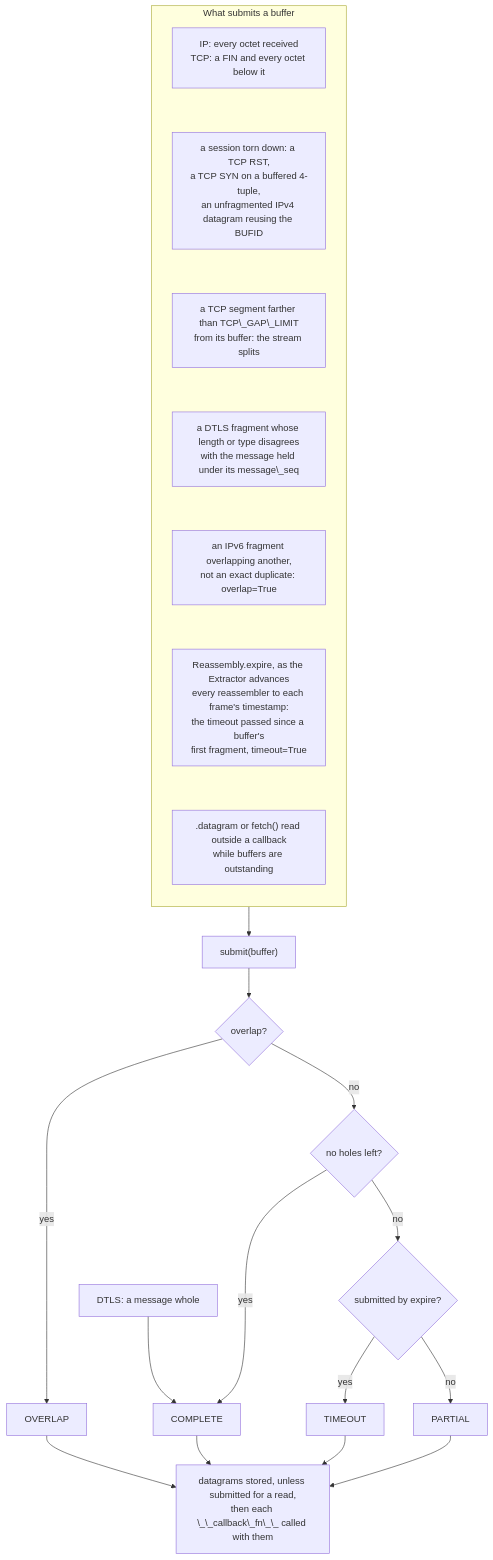
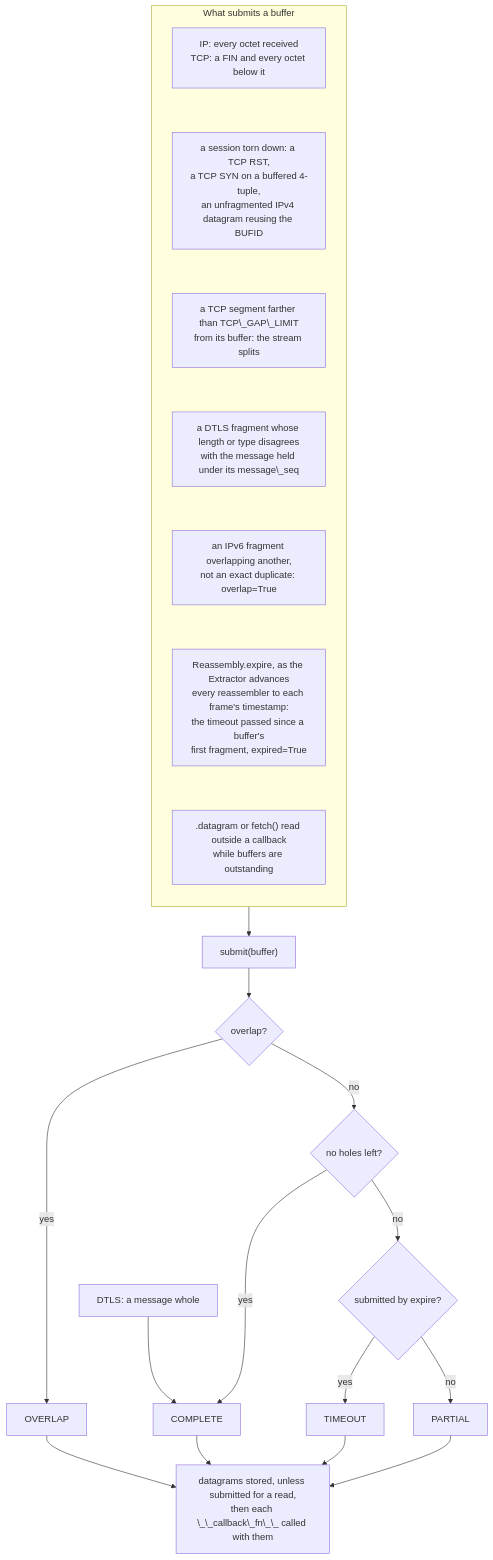
One commit to JarryShaw/PyPCAPKit changed the second of 2 diagrams in docs/source/pcapkit/foundation/reassembly/index.rst. Above: the diagram before and after it, drawn with Mermaid. The commit also changed 47 other files, not shown here.

First line of the commit message:
refactor(foundation)!: keyword-only reassembly, flow tracing and interface signatures (#2839, #2837)

```diff
--- a/docs/source/pcapkit/foundation/reassembly/index.rst
+++ b/docs/source/pcapkit/foundation/reassembly/index.rst
@@ -70,43 +70,43 @@
 .. mermaid::
 
    flowchart TD
        subgraph trig ["What submits a buffer"]
            direction TB
            T1["IP: every octet received<br/>TCP: a FIN and every octet below it"]
            T2["a session torn down: a TCP RST,<br/>a TCP SYN on a buffered 4-tuple,<br/>an unfragmented IPv4 datagram reusing the BUFID"]
            T3["a TCP segment farther than TCP\_GAP\_LIMIT<br/>from its buffer: the stream splits"]
            T4["a DTLS fragment whose length or type disagrees<br/>with the message held under its message\_seq"]
            T5["an IPv6 fragment overlapping another,<br/>not an exact duplicate: overlap=True"]
-           T6["Reassembly.expire, as the Extractor advances<br/>every reassembler to each frame's timestamp:<br/>the timeout passed since a buffer's<br/>first fragment, timeout=True"]
+           T6["Reassembly.expire, as the Extractor advances<br/>every reassembler to each frame's timestamp:<br/>the timeout passed since a buffer's<br/>first fragment, expired=True"]
            T7[".datagram or fetch() read outside a callback<br/>while buffers are outstanding"]
            T1 ~~~ T2 ~~~ T3 ~~~ T4 ~~~ T5 ~~~ T6 ~~~ T7
        end
        T1D["DTLS: a message whole"]
        SUB["submit(buffer)"]
        Q1{"overlap?"}
        Q2{"no holes left?"}
        Q3{"submitted by expire?"}
        OV["OVERLAP"]
        CO["COMPLETE"]
        TO["TIMEOUT"]
        PA["PARTIAL"]
        CB["datagrams stored, unless submitted for a read,<br/>then each \_\_callback\_fn\_\_ called with them"]
 
        trig --> SUB
        T1D --> CO
        SUB --> Q1
        Q1 -->|yes| OV
        Q1 -->|no| Q2
        Q2 -->|yes| CO
        Q2 -->|no| Q3
        Q3 -->|yes| TO
        Q3 -->|no| PA
        OV & CO & TO & PA --> CB
 
        click SUB "reassembly.html#pcapkit.foundation.reassembly.reassembly.Reassembly.submit"
        click T6 "reassembly.html#pcapkit.foundation.reassembly.reassembly.Reassembly.expire"
        click T7 "reassembly.html#pcapkit.foundation.reassembly.reassembly.Reassembly.fetch"
        click OV "index.html#pcapkit.foundation.reassembly.data.data.Completion.OVERLAP"
        click CO "index.html#pcapkit.foundation.reassembly.data.data.Completion.COMPLETE"
        click TO "index.html#pcapkit.foundation.reassembly.data.data.Completion.TIMEOUT"
        click PA "index.html#pcapkit.foundation.reassembly.data.data.Completion.PARTIAL"
```
